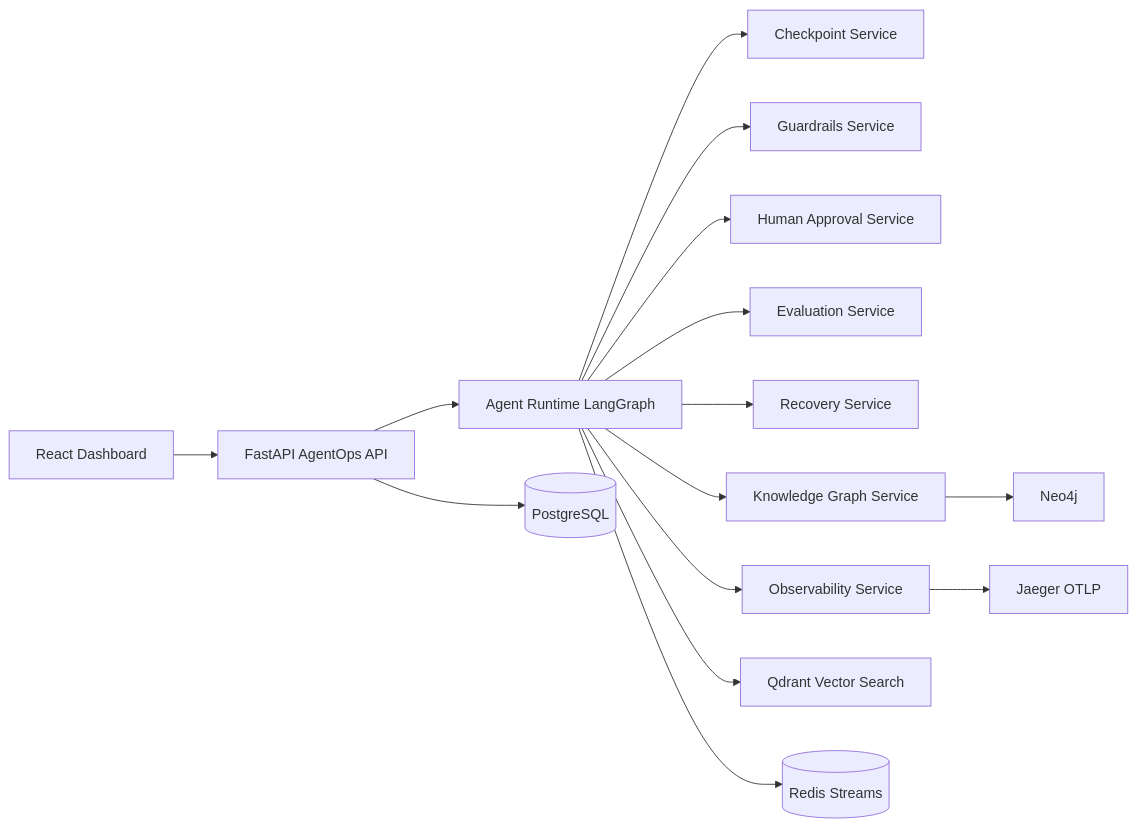
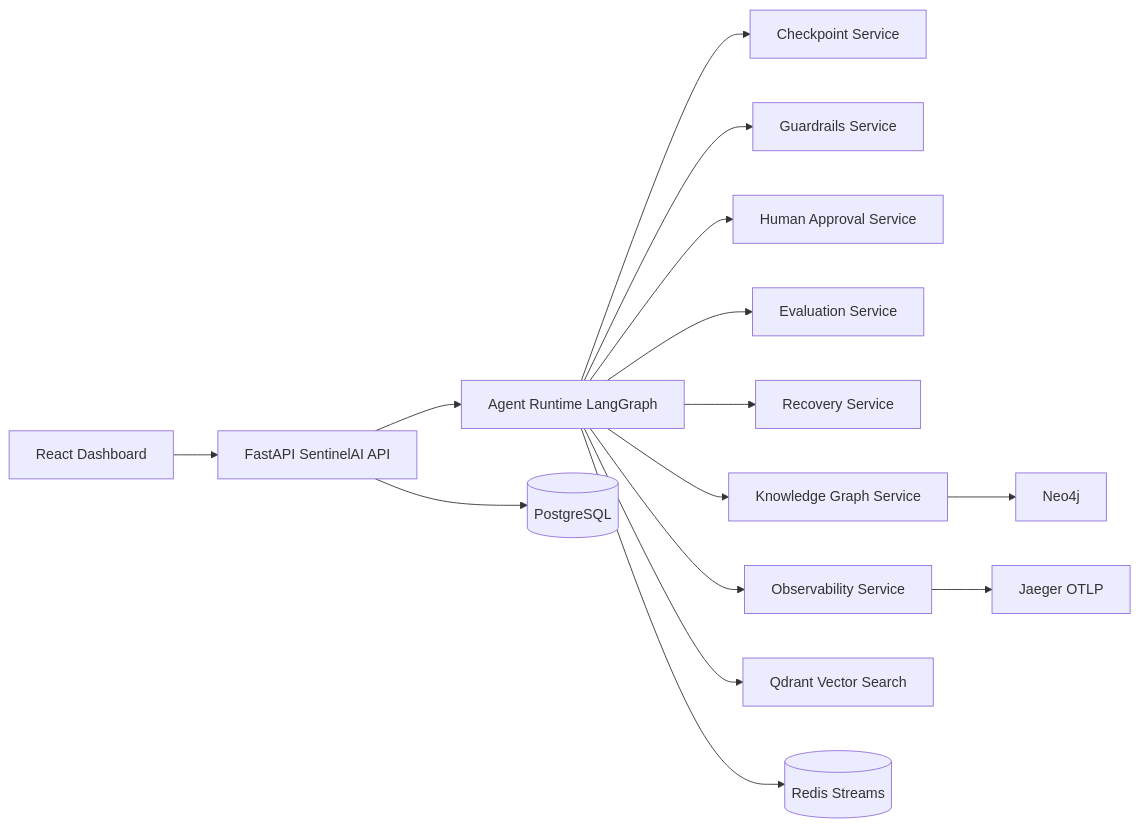
Before and after one commit to shashank2235/AgnetOps: the diagram in README.md, drawn with Mermaid. The commit also changed other lines of this file and 3 other files, not shown here.

````diff
--- a/README.md
+++ b/README.md
@@ -38,17 +42,17 @@
 ```mermaid
 flowchart LR
-  UI[React Dashboard] --> API[FastAPI AgentOps API]
+  UI[React Dashboard] --> API[FastAPI SentinelAI API]
   API --> RT[Agent Runtime LangGraph]
   RT --> CP[Checkpoint Service]
   RT --> GR[Guardrails Service]
   RT --> AP[Human Approval Service]
   RT --> EV[Evaluation Service]
   RT --> RC[Recovery Service]
   RT --> KG[Knowledge Graph Service]
   RT --> OBS[Observability Service]
   RT --> QV[Qdrant Vector Search]
   KG --> N4J[Neo4j]
   API --> PG[(PostgreSQL)]
   RT --> RS[(Redis Streams)]
   OBS --> JG[Jaeger OTLP]
 ```
````
